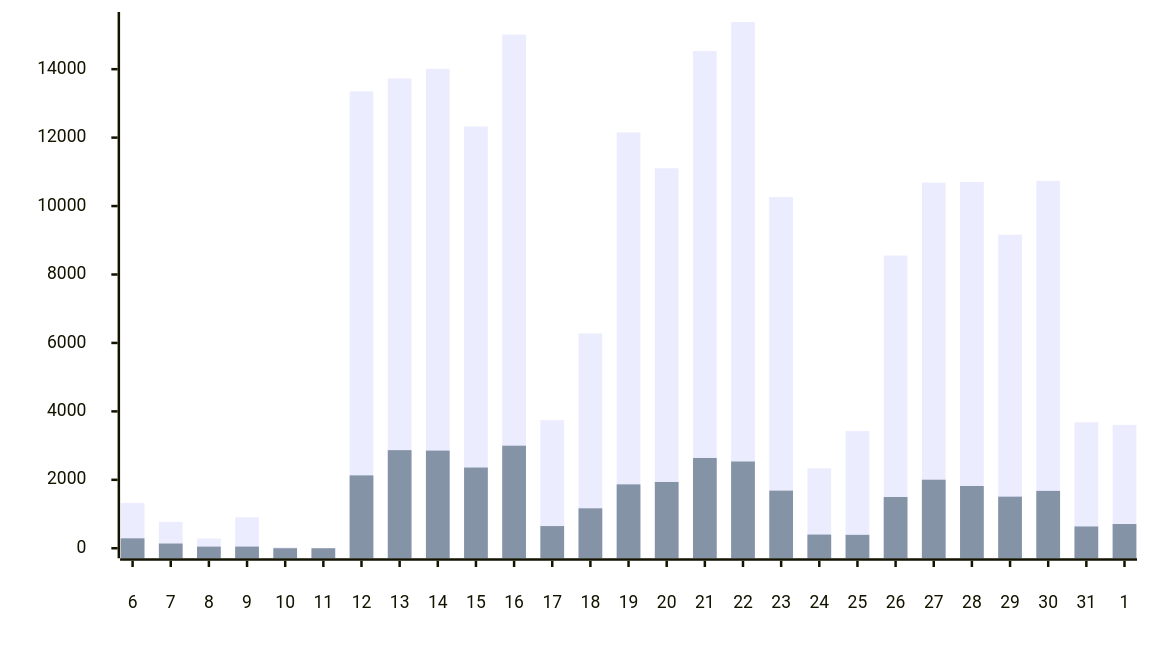
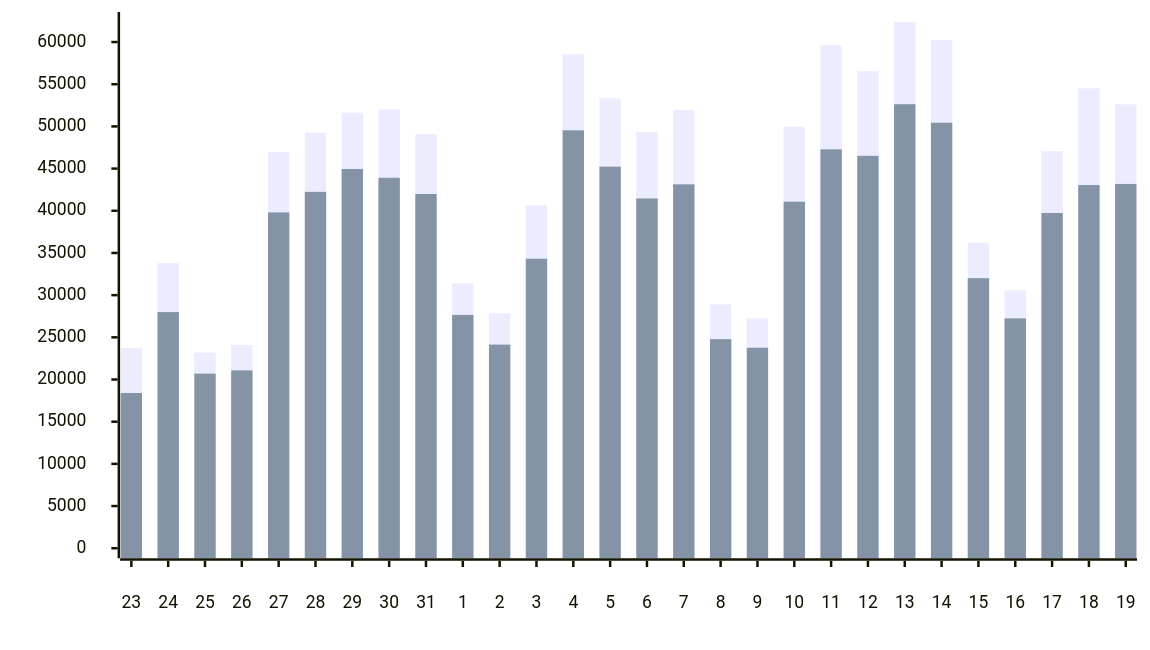
One commit to austenstone/copilot-usage changed the third of 9 diagrams in __tests__/mock/sample-output.md. Above: the diagram before and after it, drawn with Mermaid. The commit also changed other lines of this file and 20 other files, not shown here.

````diff
--- a/__tests__/mock/sample-output.md
+++ b/__tests__/mock/sample-output.md
@@ -57,21 +57,21 @@
 ```mermaid
 ---
 config:
     xyChart:
         width: 900
         height: 500
         xAxis:
             labelPadding: 20
         yAxis:
             labelPadding: 20
     themeVariables:
         xyChart:
             backgroundColor: "transparent"
 ---
 xychart-beta
 
-  x-axis  [6, 7, 8, 9, 10, 11, 12, 13, 14, 15, 16, 17, 18, 19, 20, 21, 22, 23, 24, 25, 26, 27, 28, 29, 30, 31, 1]
-  y-axis  0 --> 15379
-bar  [1322, 772, 284, 904, 26, 0, 13352, 13728, 14011, 12325, 15011, 3742, 6278, 12151, 11105, 14531, 15379, 10264, 2335, 3424, 8553, 10685, 10706, 9161, 10736, 3680, 3604]
-bar  [290, 138, 48, 49, 0, 0, 2129, 2866, 2854, 2359, 2997, 648, 1167, 1867, 1937, 2638, 2535, 1684, 400, 392, 1498, 2003, 1819, 1508, 1677, 636, 708]
+  x-axis  [23, 24, 25, 26, 27, 28, 29, 30, 31, 1, 2, 3, 4, 5, 6, 7, 8, 9, 10, 11, 12, 13, 14, 15, 16, 17, 18, 19]
+  y-axis  0 --> 62376
+bar  [23723, 33787, 23189, 24112, 46943, 49264, 51620, 52012, 49093, 31395, 27842, 40627, 58557, 53325, 49324, 51952, 28904, 27240, 49985, 59636, 56552, 62376, 60253, 36218, 30579, 47076, 54521, 52626]
+bar  [18402, 27989, 20697, 21079, 39803, 42244, 44953, 43911, 41988, 27656, 24138, 34313, 49536, 45231, 41456, 43133, 24784, 23766, 41077, 47283, 46513, 52630, 50435, 32010, 27249, 39736, 43050, 43180]
 ```
````
